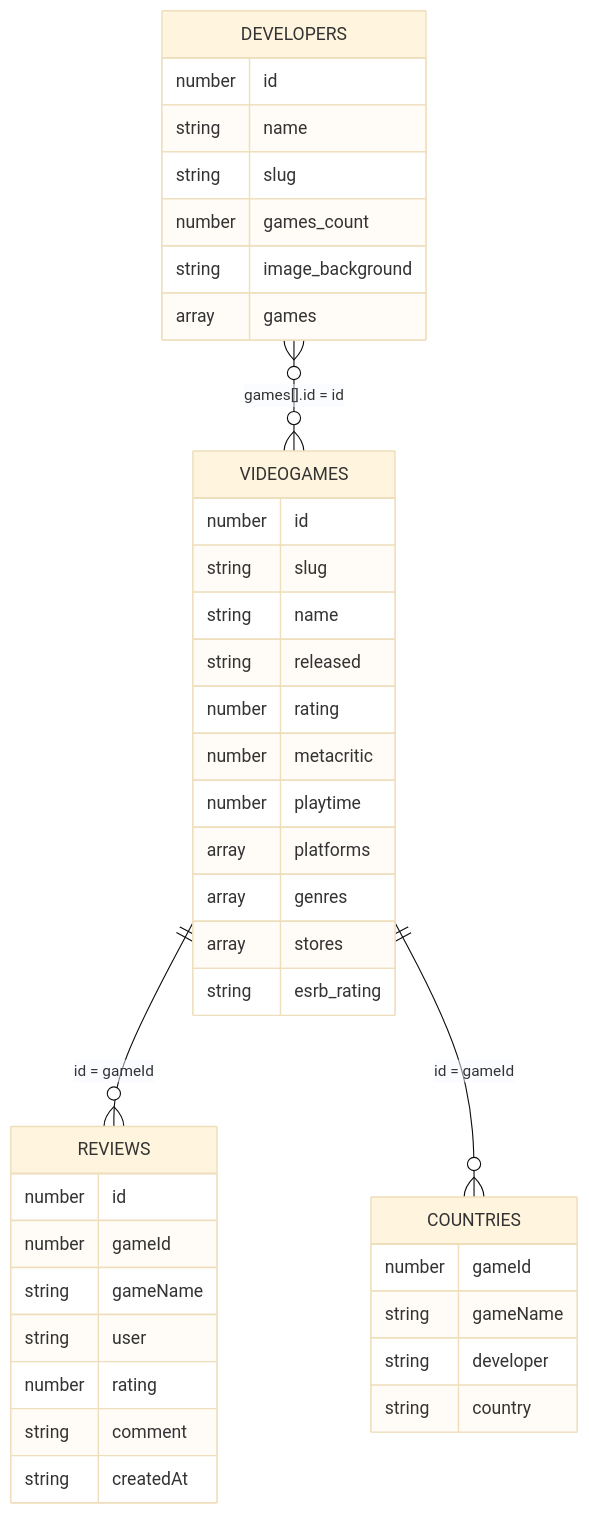
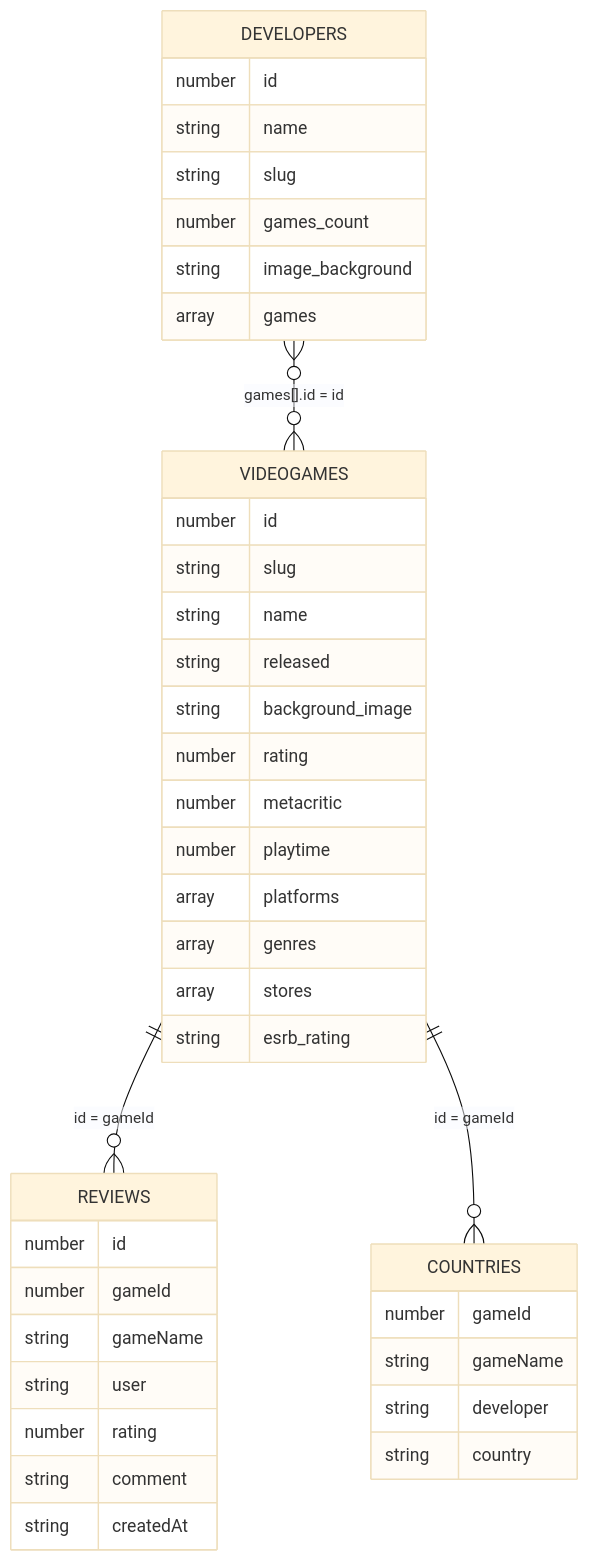
One commit to DavidPerezA12/SW-II changed the diagram in docs/modelo-datos.md. Above: the diagram before and after it, drawn with Mermaid (base theme). The commit also changed other lines of this file and 5 other files, not shown here.

````diff
--- a/docs/modelo-datos.md
+++ b/docs/modelo-datos.md
@@ -25,46 +25,47 @@
 ```mermaid
 erDiagram
     VIDEOGAMES ||--o{ REVIEWS : "id = gameId"
     VIDEOGAMES ||--o{ COUNTRIES : "id = gameId"
     DEVELOPERS }o--o{ VIDEOGAMES : "games[].id = id"
 
     VIDEOGAMES {
         number id
         string slug
         string name
         string released
+        string background_image
         number rating
         number metacritic
         number playtime
         array platforms
         array genres
         array stores
         string esrb_rating
     }
 
     DEVELOPERS {
         number id
         string name
         string slug
         number games_count
         string image_background
         array games
     }
 
     REVIEWS {
         number id
         number gameId
         string gameName
         string user
         number rating
         string comment
         string createdAt
     }
 
     COUNTRIES {
         number gameId
         string gameName
         string developer
         string country
     }
 ```
````
